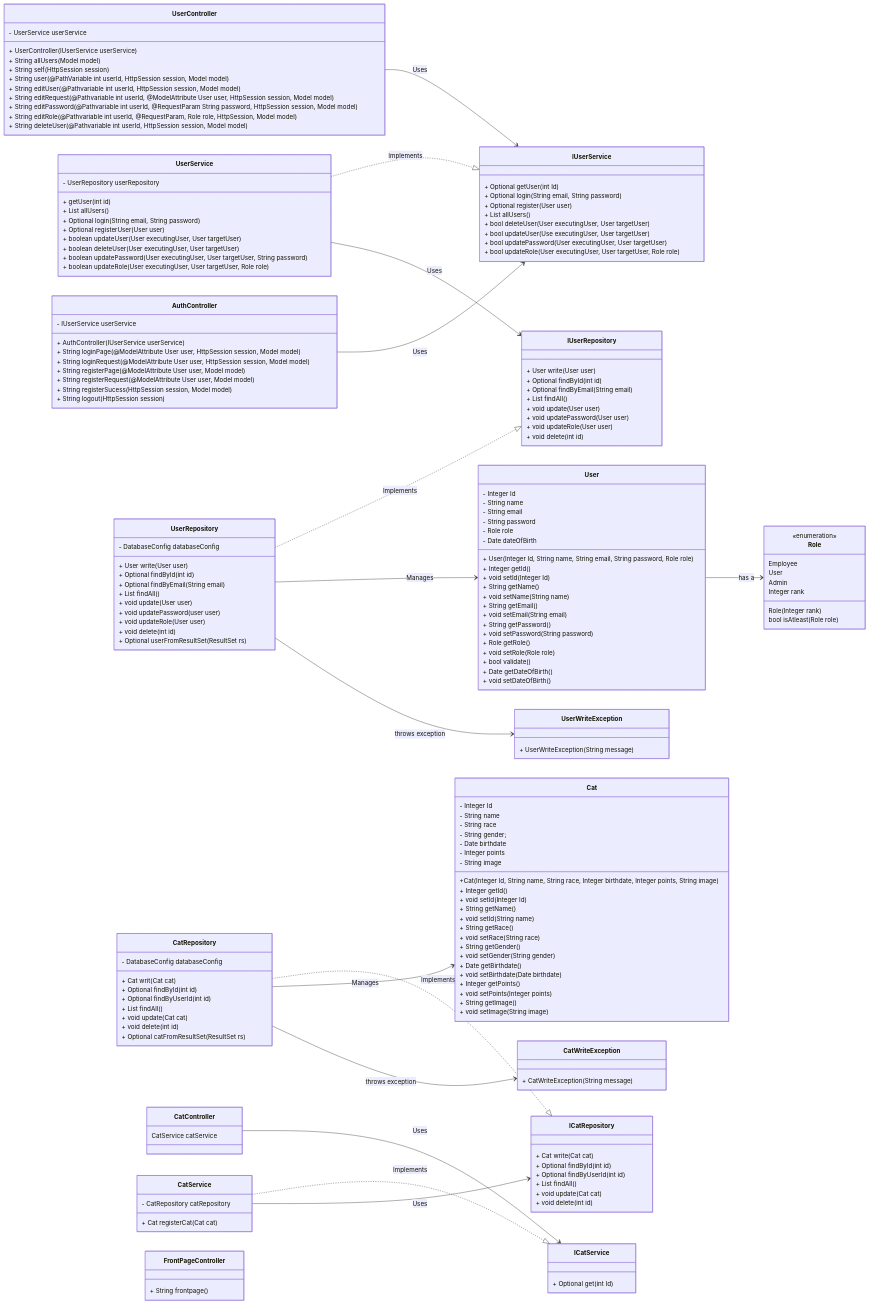
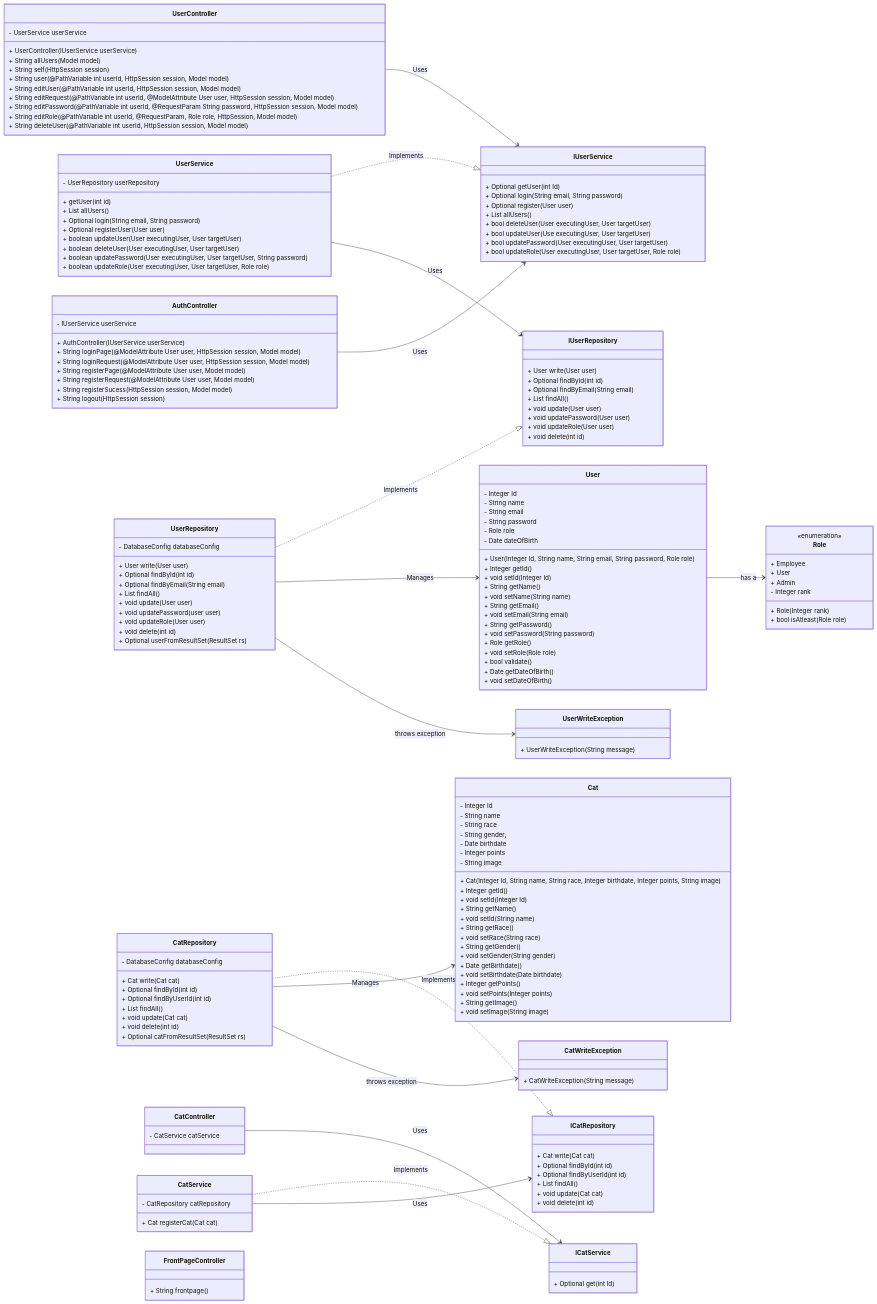
One commit to zealand-cs/Racekatteklubben changed the diagram in diagrams/ClassDiagram.md. Above: the diagram before and after it, drawn with Mermaid.

Commit message:
Classdiagram updated for current level of the program

```diff
--- a/diagrams/ClassDiagram.md
+++ b/diagrams/ClassDiagram.md
@@ -30,12 +30,12 @@
     
     class Role {
         <<enumeration>>
-        Employee
-        User
-        Admin
-        Integer rank
-        Role(Integer rank)
-        bool isAtleast(Role role)
+        + Employee
+        + User
+        + Admin
+        - Integer rank
+        + Role(Integer rank)
+        + bool isAtleast(Role role)
                 
     }
     
@@ -48,7 +48,7 @@
         - Integer points
         - String image
         
-        +Cat(Integer Id, String name, String race, Integer birthdate, Integer points, String image)
+        + Cat(Integer Id, String name, String race, Integer birthdate, Integer points, String image)
         
         + Integer getId()
         + void setId(Integer Id)
@@ -119,11 +119,11 @@
         + String allUsers(Model model)
         + String self(HttpSession session)
         + String user(@PathVariable int userId, HttpSession session, Model model)
-        + String editUser(@Pathvariable int userId, HttpSession session, Model model)
-        + String editRequest(@Pathvariable int userId, @ModelAttribute User user, HttpSession session, Model model)
-        + String editPassword(@Pathvariable int userId, @RequestParam String password, HttpSession session, Model model)
-        + String editRole(@Pathvariable int userId, @RequestParam, Role role, HttpSession, Model model)
-        + String deleteUser(@Pathvariable int userId, HttpSession session, Model model)
+        + String editUser(@PathVariable int userId, HttpSession session, Model model)
+        + String editRequest(@PathVariable int userId, @ModelAttribute User user, HttpSession session, Model model)
+        + String editPassword(@PathVariable int userId, @RequestParam String password, HttpSession session, Model model)
+        + String editRole(@PathVariable int userId, @RequestParam, Role role, HttpSession, Model model)
+        + String deleteUser(@PathVariable int userId, HttpSession session, Model model)
     }
     
     class CatService {
@@ -137,7 +137,7 @@
     
     class CatRepository {
         - DatabaseConfig databaseConfig
-        + Cat writ(Cat cat)
+        + Cat write(Cat cat)
         + Optional<Cat> findById(int id)
         + Optional<Cat> findByUserId(int id)
         + List<Cat> findAll()
@@ -156,7 +156,7 @@
     }
     
     class CatController {
-        CatService catService
+        - CatService catService
     }
     
     class AuthController {
```
